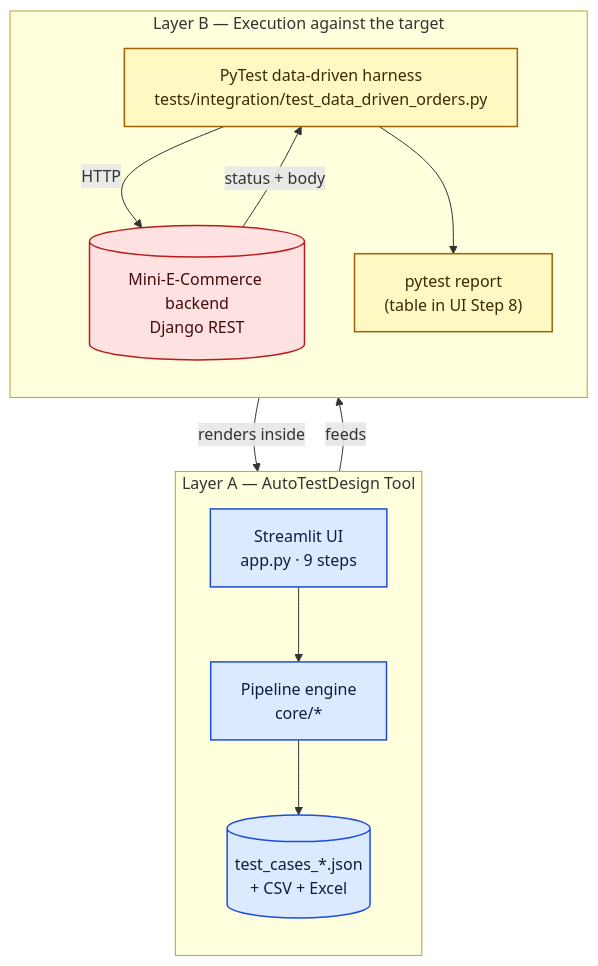
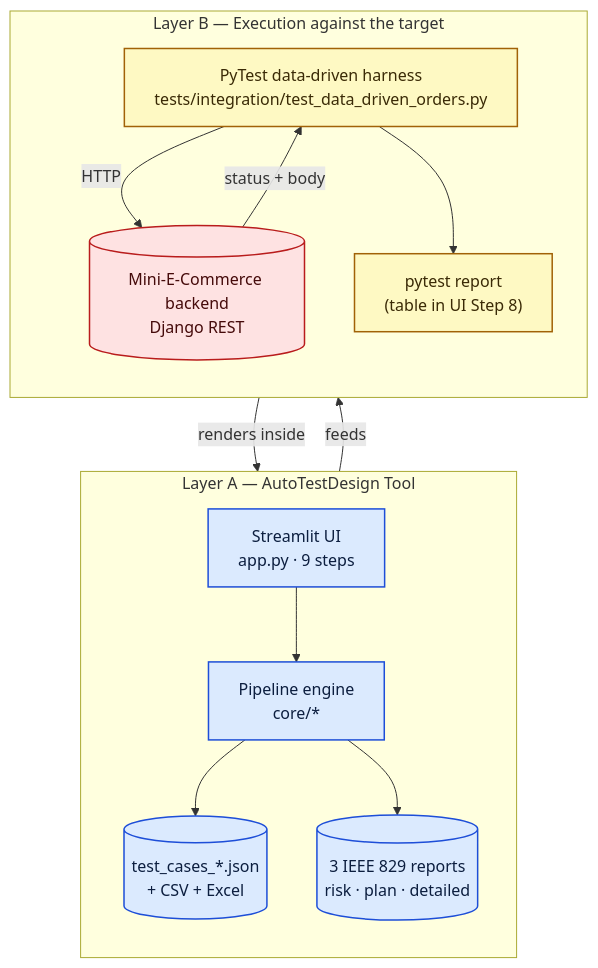
Before and after one commit to BeholderABC/Software-Testing-Final: the first of 6 diagrams in docs/architecture.md, drawn with Mermaid. The commit also changed other lines of this file and 15 other files, not shown here.

````diff
--- a/docs/architecture.md
+++ b/docs/architecture.md
@@ -21,32 +21,34 @@
 ```mermaid
 flowchart TB
     classDef toolBox  fill:#dbeafe,stroke:#1d4ed8,color:#0c1e3f,stroke-width:1.5px
     classDef testBox  fill:#fef9c3,stroke:#a16207,color:#3a2a06,stroke-width:1.5px
     classDef sutBox   fill:#fee2e2,stroke:#b91c1c,color:#450a0a,stroke-width:1.5px
     classDef artifact fill:#ecfdf5,stroke:#047857,color:#022c22,stroke-width:1px
 
     subgraph layerA [Layer A — AutoTestDesign Tool]
         direction TB
         UI["Streamlit UI<br/>app.py · 9 steps"]
         Core["Pipeline engine<br/>core/*"]
         Artifacts[("test_cases_*.json<br/>+ CSV + Excel")]
+        Docs[("3 IEEE 829 reports<br/>risk · plan · detailed")]
         UI --> Core --> Artifacts
+        Core --> Docs
     end
 
     subgraph layerB [Layer B — Execution against the target]
         direction TB
         Pytest["PyTest data-driven harness<br/>tests/integration/test_data_driven_orders.py"]
         SUT[("Mini-E-Commerce backend<br/>Django REST")]
         Report["pytest report<br/>(table in UI Step 8)"]
         Pytest -- HTTP --> SUT
         SUT -- "status + body" --> Pytest
         Pytest --> Report
     end
 
     Artifacts -- "feeds" --> Pytest
     Report -- "renders inside" --> UI
 
-    class UI,Core,Artifacts toolBox
+    class UI,Core,Artifacts,Docs toolBox
     class Pytest,Report testBox
     class SUT sutBox
 ```
````
